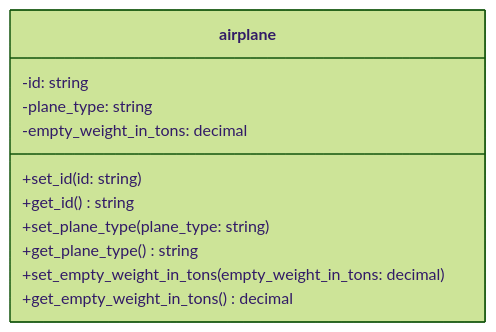
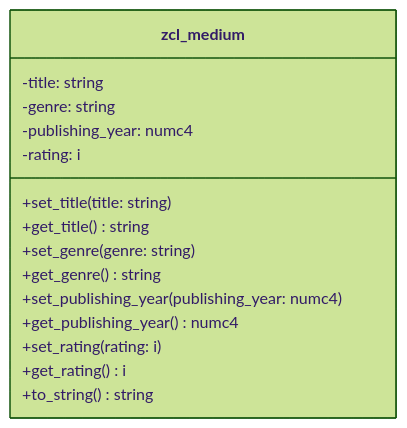
The diagram in docs/exercises/abap-objects/abap-objects-01.md (appenmaier/s4hana), drawn with Mermaid (forest theme) before and after one commit. The commit also changed other lines of this file and 8 other files, not shown here.

````diff
--- a/docs/exercises/abap-objects/abap-objects-01.md
+++ b/docs/exercises/abap-objects/abap-objects-01.md
@@ -10,14 +10,18 @@
 ```mermaid
 classDiagram
-   class airplane {
-      -id: string
-      -plane_type: string
-      -empty_weight_in_tons: decimal
-      +set_id(id: string)
-      +get_id() string
-      +set_plane_type(plane_type: string)
-      +get_plane_type() string
-      +set_empty_weight_in_tons(empty_weight_in_tons: decimal)
-      +get_empty_weight_in_tons() decimal
+   class zcl_medium {
+      -title: string
+      -genre: string
+      -publishing_year: numc4
+      -rating: i 
+      +set_title(title: string)
+      +get_title() string
+      +set_genre(genre: string)
+      +get_genre() string
+      +set_publishing_year(publishing_year: numc4)
+      +get_publishing_year() numc4
+      +set_rating(rating: i)
+      +get_rating() i
+      +to_string() string
    }
 ```
````
